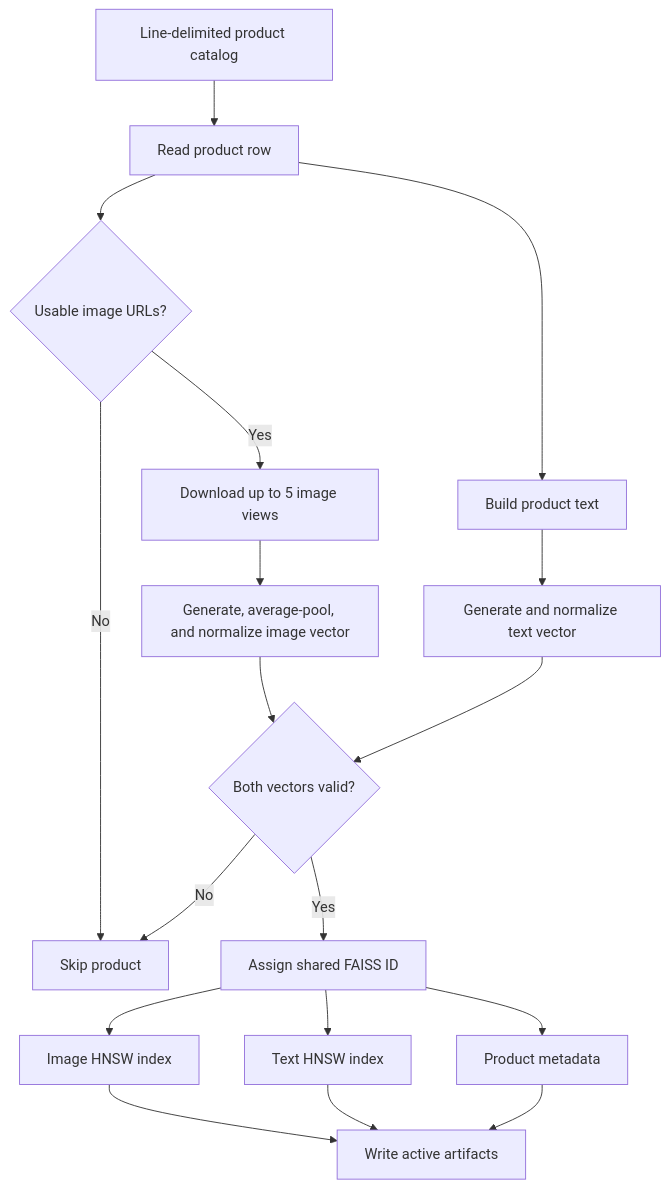
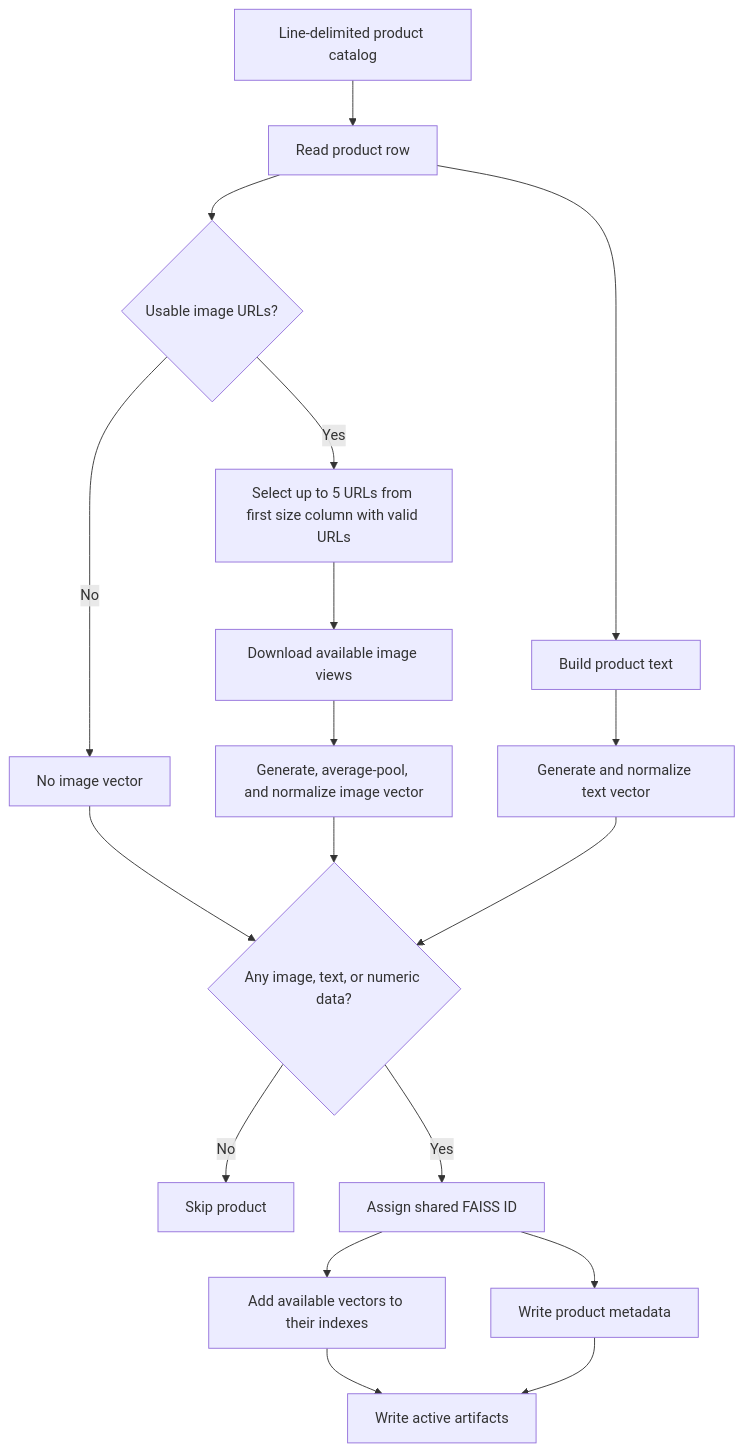
One commit to eagagk/sap_ex changed the first of 2 diagrams in README.md. Above: the diagram before and after it, drawn with Mermaid. The commit also changed other lines of this file and 3 other files, not shown here.

````diff
--- a/README.md
+++ b/README.md
@@ -19,20 +19,20 @@
 ```mermaid
 flowchart TD
     A[Line-delimited product catalog] --> B[Read product row]
     B --> C{Usable image URLs?}
-    C -- No --> X[Skip product]
-    C -- Yes --> D[Download up to 5 image views]
-    D --> E[Generate, average-pool, and normalize image vector]
-    B --> F[Build product text]
-    F --> G[Generate and normalize text vector]
-    E --> H{Both vectors valid?}
-    G --> H
-    H -- No --> X
-    H -- Yes --> I[Assign shared FAISS ID]
-    I --> J[Image HNSW index]
-    I --> K[Text HNSW index]
-    I --> L[Product metadata]
-    J --> M[Write active artifacts]
-    K --> M
-    L --> M
+    C -- No --> D[No image vector]
+    C -- Yes --> E[Select up to 5 URLs from first size column with valid URLs]
+    E --> F[Download available image views]
+    F --> G[Generate, average-pool, and normalize image vector]
+    B --> H[Build product text]
+    H --> I[Generate and normalize text vector]
+    D --> J{Any image, text, or numeric data?}
+    G --> J
+    I --> J
+    J -- No --> X[Skip product]
+    J -- Yes --> K[Assign shared FAISS ID]
+    K --> L[Add available vectors to their indexes]
+    K --> M[Write product metadata]
+    L --> N[Write active artifacts]
+    M --> N
 ```
````
